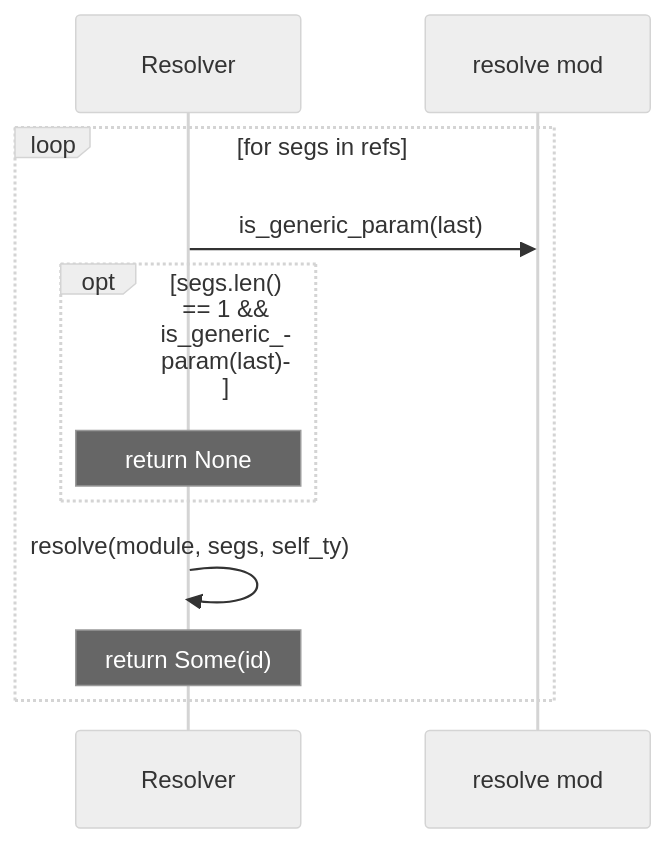
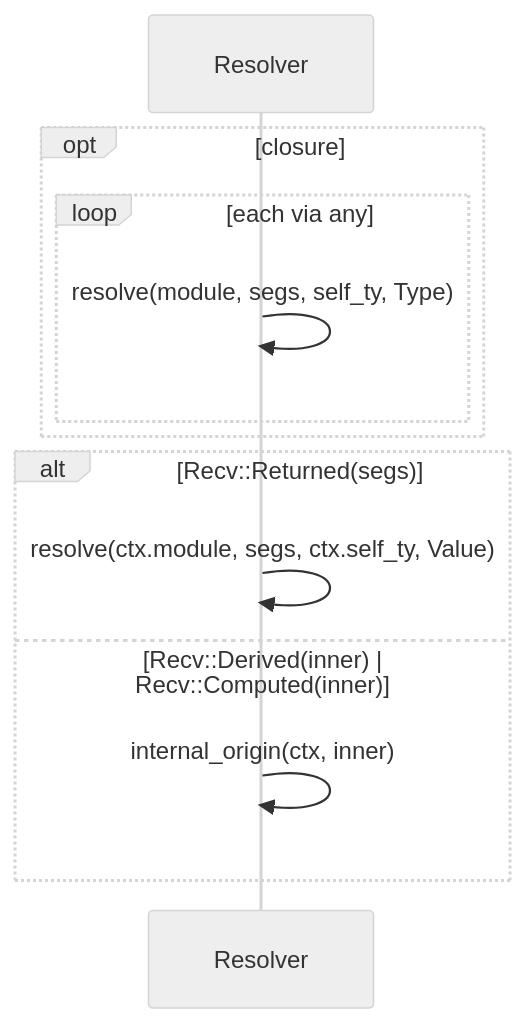
One commit to DreamLab-AI/codemaid changed diagram 20 of 22 in docs/sealmap/crates/sealmap-rust/src/resolve.rs.md. Above: the diagram before and after it, drawn with Mermaid (neutral theme). The commit also changed other lines of this file and 45 other files, not shown here.

First line of the commit message:
docs: regenerate the self-corpus for sym: ids and schema v2

````diff
--- a/docs/sealmap/crates/sealmap-rust/src/resolve.rs.md
+++ b/docs/sealmap/crates/sealmap-rust/src/resolve.rs.md
@@ -489,13 +579,14 @@
 ```mermaid
 sequenceDiagram
-  participant sealmap_rust__resolve__Resolver as Resolver
-  participant sealmap_rust__resolve as resolve mod
-  loop for segs in refs
-    sealmap_rust__resolve__Resolver->>sealmap_rust__resolve: is_generic_param(last)
-    opt segs.len() == 1 && is_generic_param(last)
-      Note over sealmap_rust__resolve__Resolver: return None
+  participant sealmap_rust__resolve___tResolver as Resolver
+  opt closure
+    loop each via any
+      sealmap_rust__resolve___tResolver->>sealmap_rust__resolve___tResolver: resolve(module, segs, self_ty, Type)
     end
-    sealmap_rust__resolve__Resolver->>sealmap_rust__resolve__Resolver: resolve(module, segs, self_ty)
-    Note over sealmap_rust__resolve__Resolver: return Some(id)
+  end
+  alt Recv::Returned(segs)
+    sealmap_rust__resolve___tResolver->>sealmap_rust__resolve___tResolver: resolve(ctx.module, segs, ctx.self_ty, Value)
+  else Recv::Derived(inner) | Recv::Computed(inner)
+    sealmap_rust__resolve___tResolver->>sealmap_rust__resolve___tResolver: internal_origin(ctx, inner)
   end
 ```
````
